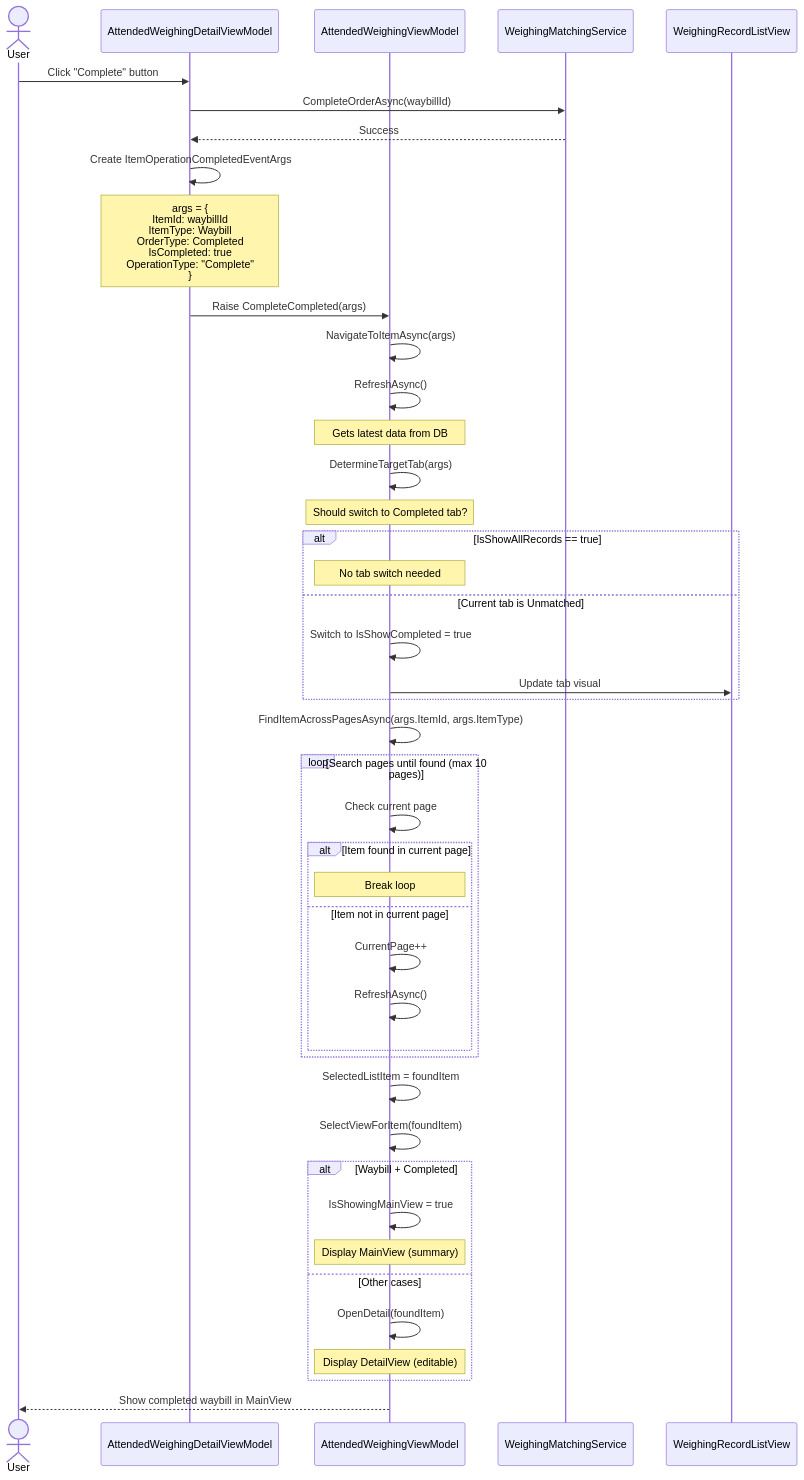
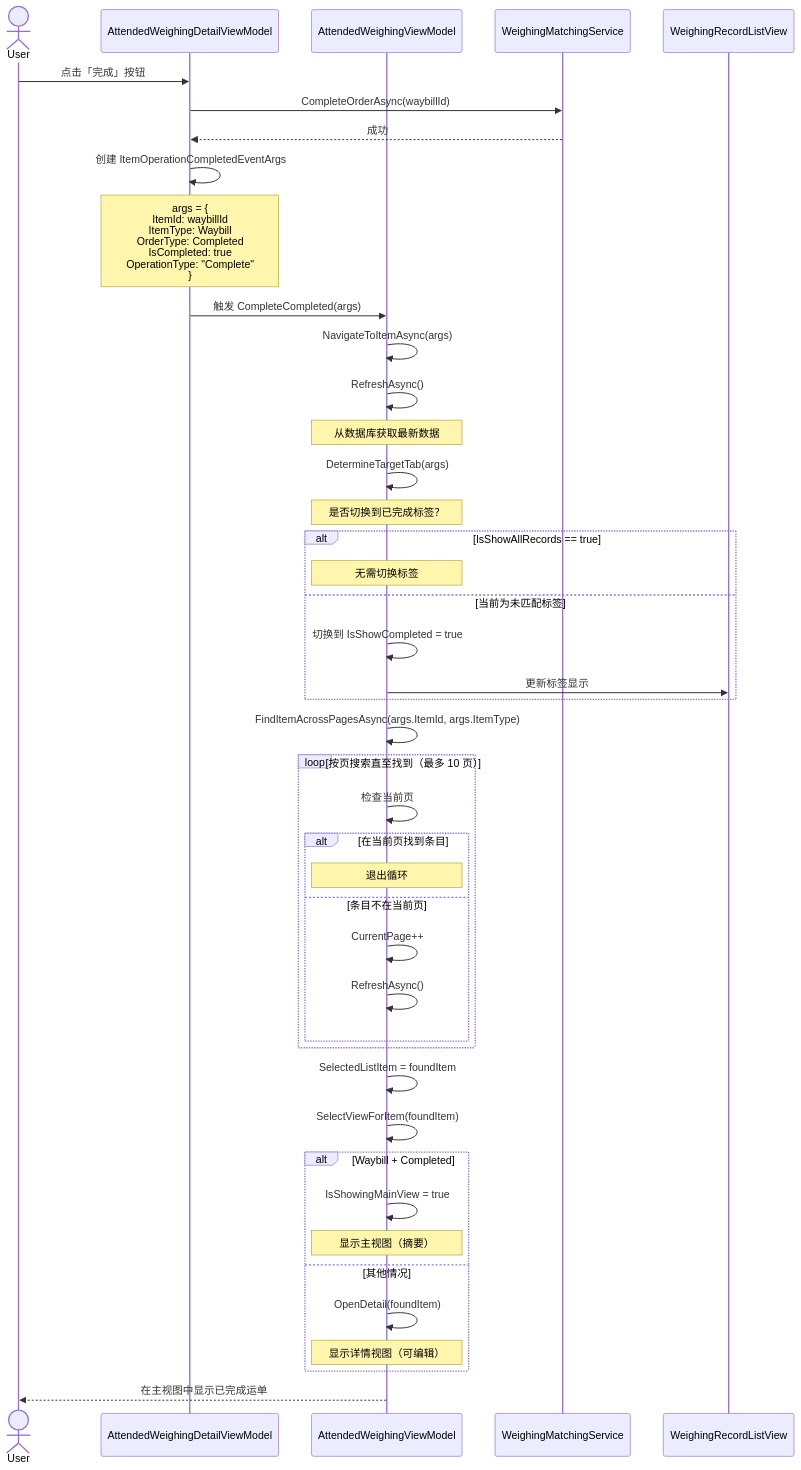
One commit to feewillowherb/MaterialClient changed the second of 3 diagrams in openspec/changes/archive/2026-01-21-refactor-weighing-item-navigation/design.md. Above: the diagram before and after it, drawn with Mermaid. The commit also changed other lines of this file and 100 other files, not shown here.

````diff
--- a/openspec/changes/archive/2026-01-21-refactor-weighing-item-navigation/design.md
+++ b/openspec/changes/archive/2026-01-21-refactor-weighing-item-navigation/design.md
@@ -200,56 +200,56 @@
 ```mermaid
 sequenceDiagram
     actor User
     participant DetailVM as AttendedWeighingDetailViewModel
     participant MainVM as AttendedWeighingViewModel
     participant Service as WeighingMatchingService
     participant ListView as WeighingRecordListView
     
-    User->>DetailVM: Click "Complete" button
+    User->>DetailVM: 点击「完成」按钮
     DetailVM->>Service: CompleteOrderAsync(waybillId)
-    Service-->>DetailVM: Success
+    Service-->>DetailVM: 成功
     
-    DetailVM->>DetailVM: Create ItemOperationCompletedEventArgs
+    DetailVM->>DetailVM: 创建 ItemOperationCompletedEventArgs
     Note over DetailVM: args = {<br/>  ItemId: waybillId<br/>  ItemType: Waybill<br/>  OrderType: Completed<br/>  IsCompleted: true<br/>  OperationType: "Complete"<br/>}
     
-    DetailVM->>MainVM: Raise CompleteCompleted(args)
+    DetailVM->>MainVM: 触发 CompleteCompleted(args)
     MainVM->>MainVM: NavigateToItemAsync(args)
     
     MainVM->>MainVM: RefreshAsync()
-    Note over MainVM: Gets latest data from DB
+    Note over MainVM: 从数据库获取最新数据
     
     MainVM->>MainVM: DetermineTargetTab(args)
-    Note over MainVM: Should switch to Completed tab?
+    Note over MainVM: 是否切换到已完成标签？
     
     alt IsShowAllRecords == true
-        Note over MainVM: No tab switch needed
-    else Current tab is Unmatched
-        MainVM->>MainVM: Switch to IsShowCompleted = true
-        MainVM->>ListView: Update tab visual
+        Note over MainVM: 无需切换标签
+    else 当前为未匹配标签
+        MainVM->>MainVM: 切换到 IsShowCompleted = true
+        MainVM->>ListView: 更新标签显示
     end
     
     MainVM->>MainVM: FindItemAcrossPagesAsync(args.ItemId, args.ItemType)
     
-    loop Search pages until found (max 10 pages)
-        MainVM->>MainVM: Check current page
-        alt Item found in current page
-            Note over MainVM: Break loop
-        else Item not in current page
+    loop 按页搜索直至找到（最多 10 页）
+        MainVM->>MainVM: 检查当前页
+        alt 在当前页找到条目
+            Note over MainVM: 退出循环
+        else 条目不在当前页
             MainVM->>MainVM: CurrentPage++
             MainVM->>MainVM: RefreshAsync()
         end
     end
     
     MainVM->>MainVM: SelectedListItem = foundItem
     MainVM->>MainVM: SelectViewForItem(foundItem)
     
     alt Waybill + Completed
         MainVM->>MainVM: IsShowingMainView = true
-        Note over MainVM: Display MainView (summary)
-    else Other cases
+        Note over MainVM: 显示主视图（摘要）
+    else 其他情况
         MainVM->>MainVM: OpenDetail(foundItem)
-        Note over MainVM: Display DetailView (editable)
+        Note over MainVM: 显示详情视图（可编辑）
     end
     
-    MainVM-->>User: Show completed waybill in MainView
+    MainVM-->>User: 在主视图中显示已完成运单
 ```
````
